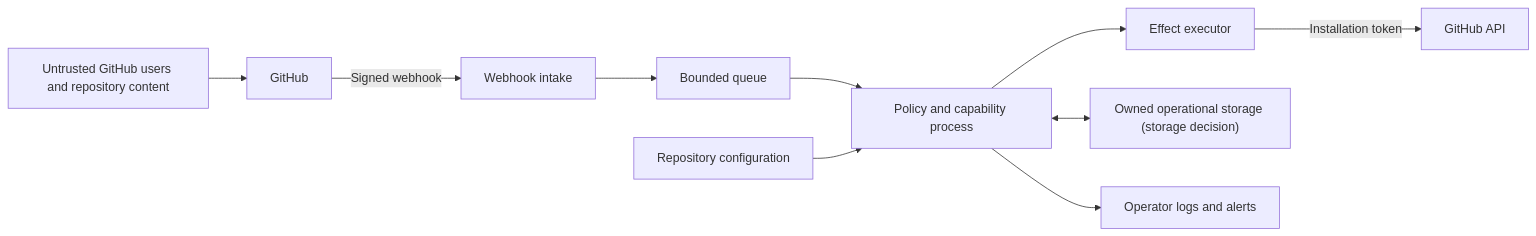
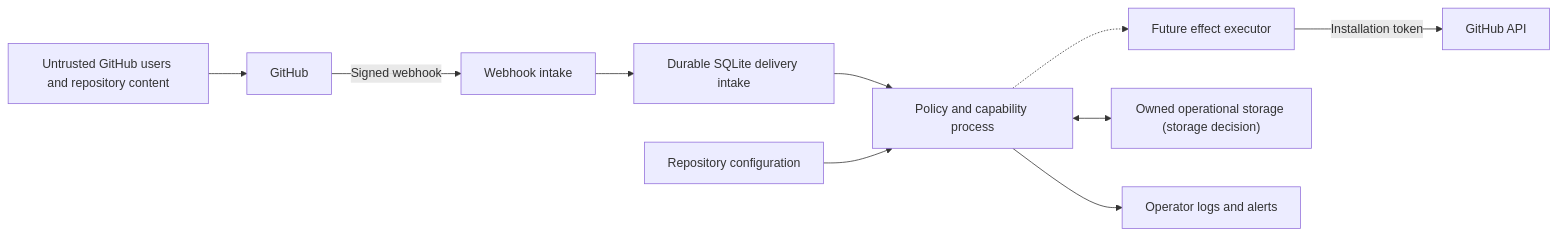
Before and after one commit to exploreriii/sdk-automations: the diagram in design/guides/threat-model.md, drawn with Mermaid. The commit also changed other lines of this file and 80 other files, not shown here.

````diff
--- a/design/guides/threat-model.md
+++ b/design/guides/threat-model.md
@@ -8,12 +10,12 @@
 ```mermaid
 flowchart LR
     U["Untrusted GitHub users and repository content"] --> G["GitHub"]
     G -->|"Signed webhook"| I["Webhook intake"]
-    I --> Q["Bounded queue"]
+    I --> Q["Durable SQLite delivery intake"]
     Q --> P["Policy and capability process"]
     C["Repository configuration"] --> P
-    P --> E["Effect executor"]
+    P -.-> E["Future effect executor"]
     E -->|"Installation token"| A["GitHub API"]
     P <--> S["Owned operational storage (storage decision)"]
     P --> O["Operator logs and alerts"]
 ```
````
